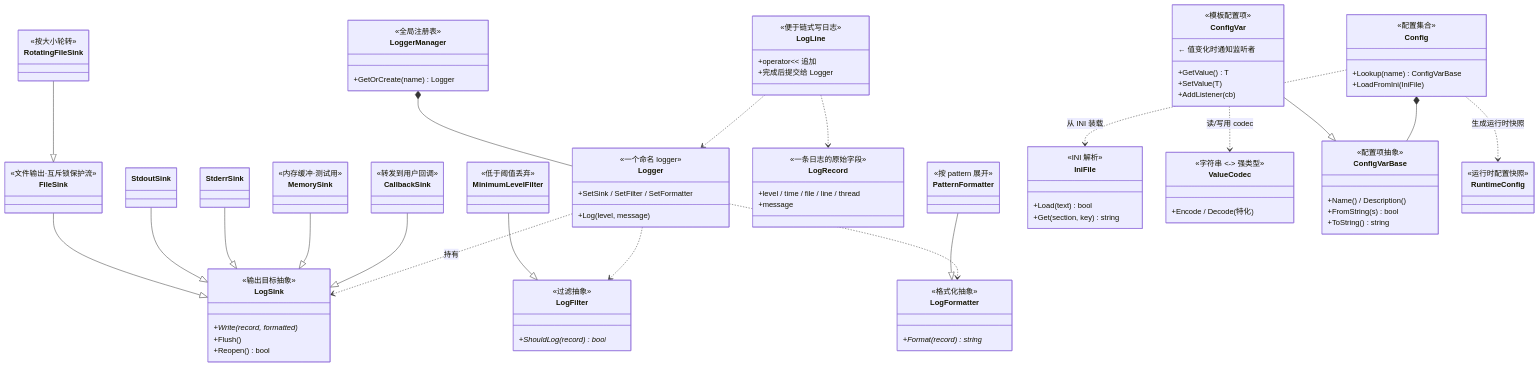
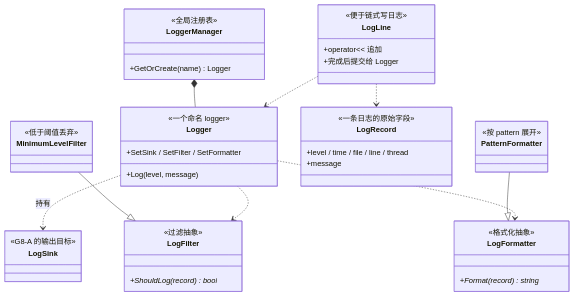
One commit to mdymdy666/Go2cpp changed the second of 7 diagrams in ArchitectureDiagram/diagrams/G8-log-config.md. Above: the diagram before and after it, drawn with Mermaid. The commit also changed 3 other files, not shown here.

First line of the commit message:
docs(arch): 用宽高比自动检测扁平类图，拆分 G8/G9 各为 3 张

````diff
--- a/ArchitectureDiagram/diagrams/G8-log-config.md
+++ b/ArchitectureDiagram/diagrams/G8-log-config.md
@@ -14,27 +62,6 @@
 ```mermaid
 classDiagram
     direction TB
-
-    class LogSink {
-        <<输出目标抽象>>
-        +Write(record, formatted)*
-        +Flush()
-        +Reopen() bool
-    }
-    class FileSink {
-        <<文件输出·互斥锁保护流>>
-    }
-    class RotatingFileSink {
-        <<按大小轮转>>
-    }
-    class StdoutSink
-    class StderrSink
-    class MemorySink {
-        <<内存缓冲·测试用>>
-    }
-    class CallbackSink {
-        <<转发到用户回调>>
-    }
 
     class LogFilter {
         <<过滤抽象>>
@@ -50,7 +77,6 @@
     class PatternFormatter {
         <<按 pattern 展开>>
     }
-
     class LogRecord {
         <<一条日志的原始字段>>
         +level / time / file / line / thread
@@ -70,44 +96,10 @@
         <<全局注册表>>
         +GetOrCreate(name) Logger
     }
-
-    class IniFile {
-        <<INI 解析>>
-        +Load(text) bool
-        +Get(section, key) string
-    }
-    class ValueCodec {
-        <<字符串 <-> 强类型>>
-        +Encode / Decode (特化)
-    }
-    class ConfigVarBase {
-        <<配置项抽象>>
-        +Name() / Description()
-        +FromString(s) bool
-        +ToString() string
-    }
-    class ConfigVar {
-        <<模板配置项>>
-        +GetValue() T
-        +SetValue(T)
-        +AddListener(cb)
-        ← 值变化时通知监听者
-    }
-    class Config {
-        <<配置集合>>
-        +Lookup(name) ConfigVarBase
-        +LoadFromIni(IniFile)
-    }
-    class RuntimeConfig {
-        <<运行时配置快照>>
+    class LogSink {
+        <<G8-A 的输出目标>>
     }
 
-    FileSink --|> LogSink
-    RotatingFileSink --|> FileSink
-    StdoutSink --|> LogSink
-    StderrSink --|> LogSink
-    MemorySink --|> LogSink
-    CallbackSink --|> LogSink
     MinimumLevelFilter --|> LogFilter
     PatternFormatter --|> LogFormatter
     Logger ..> LogSink : 持有
@@ -116,9 +108,4 @@
     LoggerManager *-- Logger
     LogLine ..> LogRecord
     LogLine ..> Logger
-    ConfigVar --|> ConfigVarBase
-    Config *-- ConfigVarBase
-    ConfigVar ..> ValueCodec : 读/写用 codec
-    Config ..> IniFile : 从 INI 装载
-    Config ..> RuntimeConfig : 生成运行时快照
 ```
````
